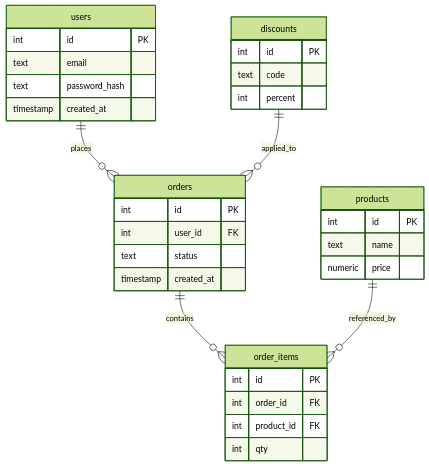
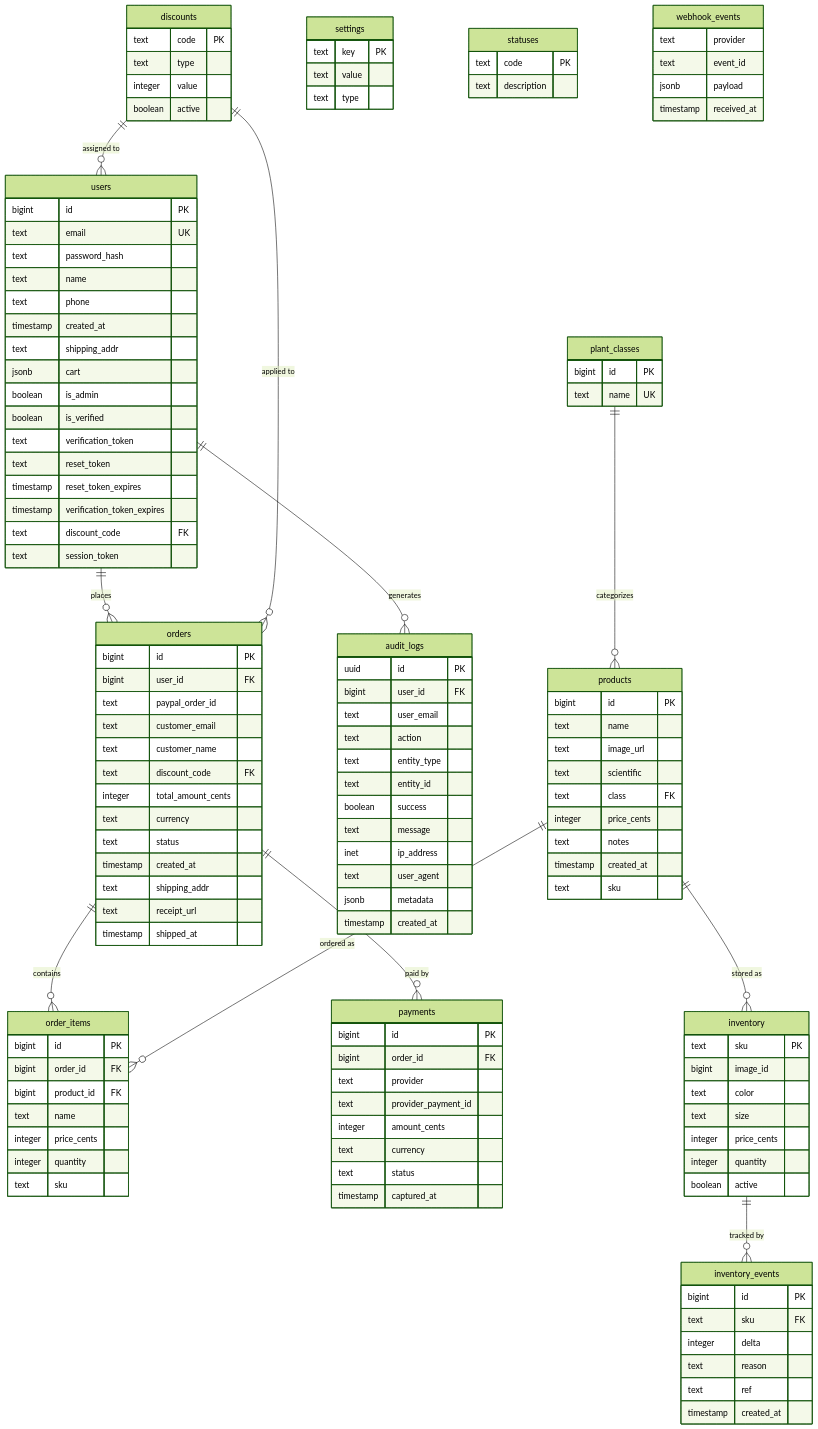
One commit to shermes641/cactus_studio changed the eighth of 8 diagrams in docs/diagrams.md. Above: the diagram before and after it, drawn with Mermaid (forest theme). The commit also changed other lines of this file and 4 other files, not shown here.

````diff
--- a/docs/diagrams.md
+++ b/docs/diagrams.md
@@ -141,41 +141,146 @@
 ```mermaid
 erDiagram
-
     users ||--o{ orders : places
+    users ||--o{ audit_logs : generates
     orders ||--o{ order_items : contains
-    products ||--o{ order_items : referenced_by
-    discounts ||--o{ orders : applied_to
+    orders ||--o{ payments : "paid by"
+    products ||--o{ order_items : "ordered as"
+    products ||--o{ inventory : "stored as"
+    plant_classes ||--o{ products : categorizes
+    inventory ||--o{ inventory_events : "tracked by"
+    discounts ||--o{ orders : "applied to"
+    discounts ||--o{ users : "assigned to"
 
     users {
-        int id PK
-        text email
+        bigint id PK
+        text email UK
         text password_hash
+        text name
+        text phone
+        timestamp created_at
+        text shipping_addr
+        jsonb cart
+        boolean is_admin
+        boolean is_verified
+        text verification_token
+        text reset_token
+        timestamp reset_token_expires
+        timestamp verification_token_expires
+        text discount_code FK
+        text session_token
+    }
+
+    orders {
+        bigint id PK
+        bigint user_id FK
+        text paypal_order_id
+        text customer_email
+        text customer_name
+        text discount_code FK
+        integer total_amount_cents
+        text currency
+        text status
+        timestamp created_at
+        text shipping_addr
+        text receipt_url
+        timestamp shipped_at
+    }
+
+    order_items {
+        bigint id PK
+        bigint order_id FK
+        bigint product_id FK
+        text name
+        integer price_cents
+        integer quantity
+        text sku
+    }
+
+    products {
+        bigint id PK
+        text name
+        text image_url
+        text scientific
+        text class FK
+        integer price_cents
+        text notes
+        timestamp created_at
+        text sku
+    }
+
+    inventory {
+        text sku PK
+        bigint image_id
+        text color
+        text size
+        integer price_cents
+        integer quantity
+        boolean active
+    }
+
+    inventory_events {
+        bigint id PK
+        text sku FK
+        integer delta
+        text reason
+        text ref
         timestamp created_at
     }
 
-    orders {
-        int id PK
-        int user_id FK
+    payments {
+        bigint id PK
+        bigint order_id FK
+        text provider
+        text provider_payment_id
+        integer amount_cents
+        text currency
         text status
+        timestamp captured_at
+    }
+
+    plant_classes {
+        bigint id PK
+        text name UK
+    }
+
+    discounts {
+        text code PK
+        text type
+        integer value
+        boolean active
+    }
+
+    audit_logs {
+        uuid id PK
+        bigint user_id FK
+        text user_email
+        text action
+        text entity_type
+        text entity_id
+        boolean success
+        text message
+        inet ip_address
+        text user_agent
+        jsonb metadata
         timestamp created_at
     }
 
-    order_items {
-        int id PK
-        int order_id FK
-        int product_id FK
-        int qty
+    settings {
+        text key PK
+        text value
+        text type
     }
 
-    products {
-        int id PK
-        text name
-        numeric price
+    statuses {
+        text code PK
+        text description
     }
 
-    discounts {
-        int id PK
-        text code
-        int percent
+    webhook_events {
+        text provider
+        text event_id
+        jsonb payload
+        timestamp received_at
     }
+
 ```
````
